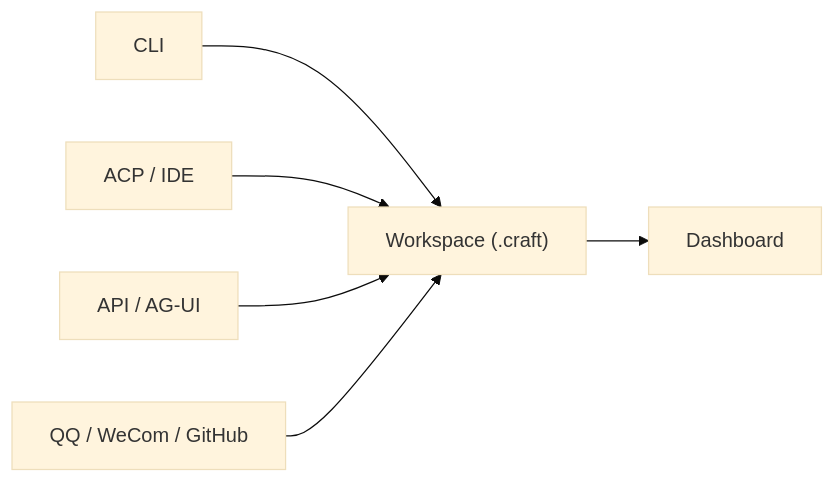
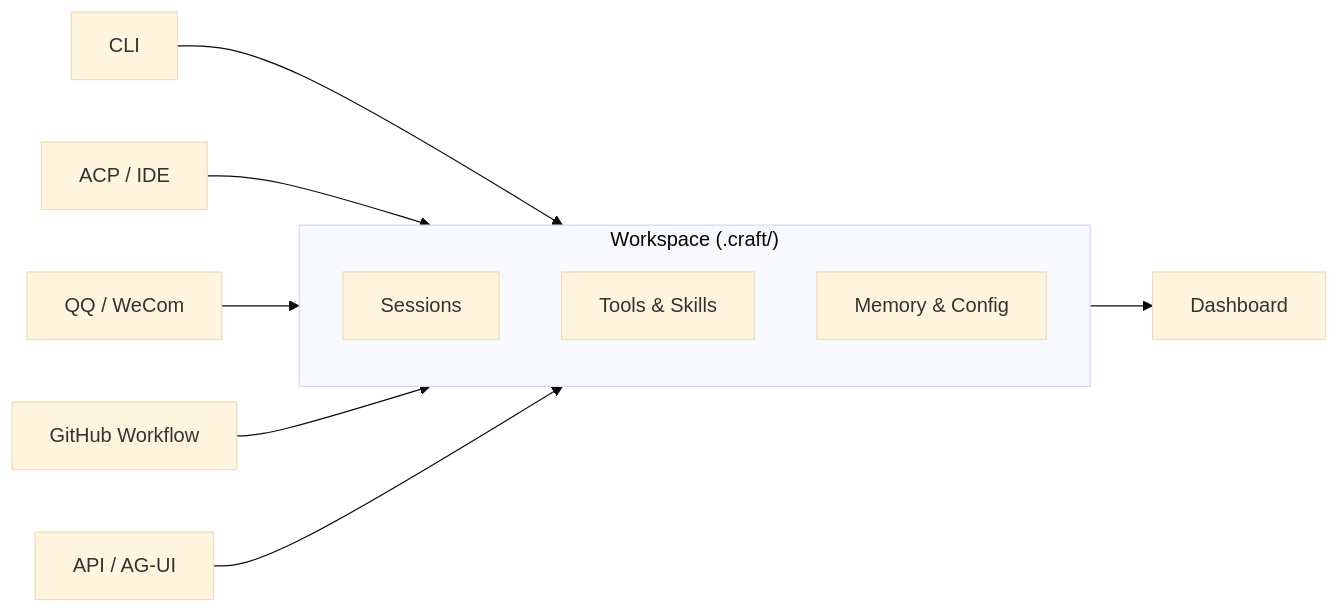
One commit to DotCraftDev/dotcraft changed the diagram in README.md. Above: the diagram before and after it, drawn with Mermaid (base theme). The commit also changed other lines of this file and 151 other files, not shown here.

````diff
--- a/README.md
+++ b/README.md
@@ -43,15 +134,23 @@
 ```mermaid
 flowchart LR
     Cli["CLI"]
     Ide["ACP / IDE"]
+    Bots["QQ / WeCom"]
+    Workflow["GitHub Workflow"]
     Api["API / AG-UI"]
-    Bots["QQ / WeCom / GitHub"]
-    Workspace["Workspace (.craft)"]
+
+    subgraph Workspace ["Workspace (.craft/)"]
+        Sessions["Sessions"]
+        Tools["Tools & Skills"]
+        Memory["Memory & Config"]
+    end
+
     Dashboard["Dashboard"]
 
     Cli --> Workspace
     Ide --> Workspace
+    Bots --> Workspace
+    Workflow --> Workspace
     Api --> Workspace
-    Bots --> Workspace
     Workspace --> Dashboard
 ```
````
